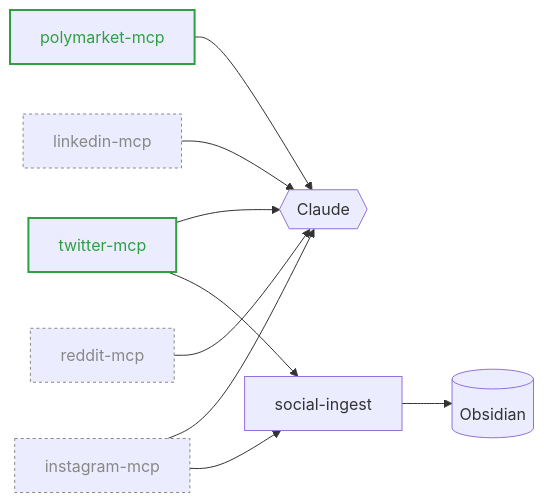
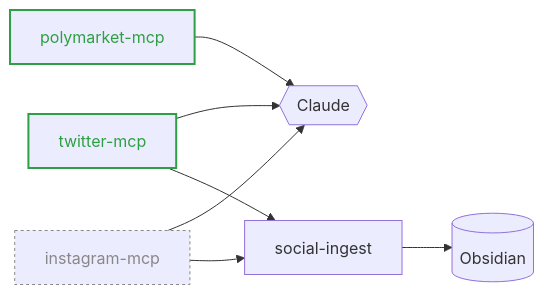
Before and after one commit to YoppaV/YoppaV: the diagram in README.md, drawn with Mermaid.

Commit message:
feat: drop linkedin-mcp and reddit-mcp from ecosystem diagram

````diff
--- a/README.md
+++ b/README.md
@@ -15,21 +15,17 @@
 ```mermaid
 flowchart LR
     classDef public stroke:#2ea043,stroke-width:2px,color:#2ea043
     classDef private stroke:#888,stroke-dasharray:3 3,color:#888
 
     twitter[twitter-mcp]:::public
     polymarket[polymarket-mcp]:::public
-    linkedin[linkedin-mcp]:::private
     instagram[instagram-mcp]:::private
-    reddit[reddit-mcp]:::private
 
     twitter    --> claude{{Claude}}
     polymarket --> claude
-    linkedin   --> claude
     instagram  --> claude
-    reddit     --> claude
 
     twitter   --> ingest[social-ingest]
     instagram --> ingest
     ingest    --> vault[(Obsidian)]
 ```
````
